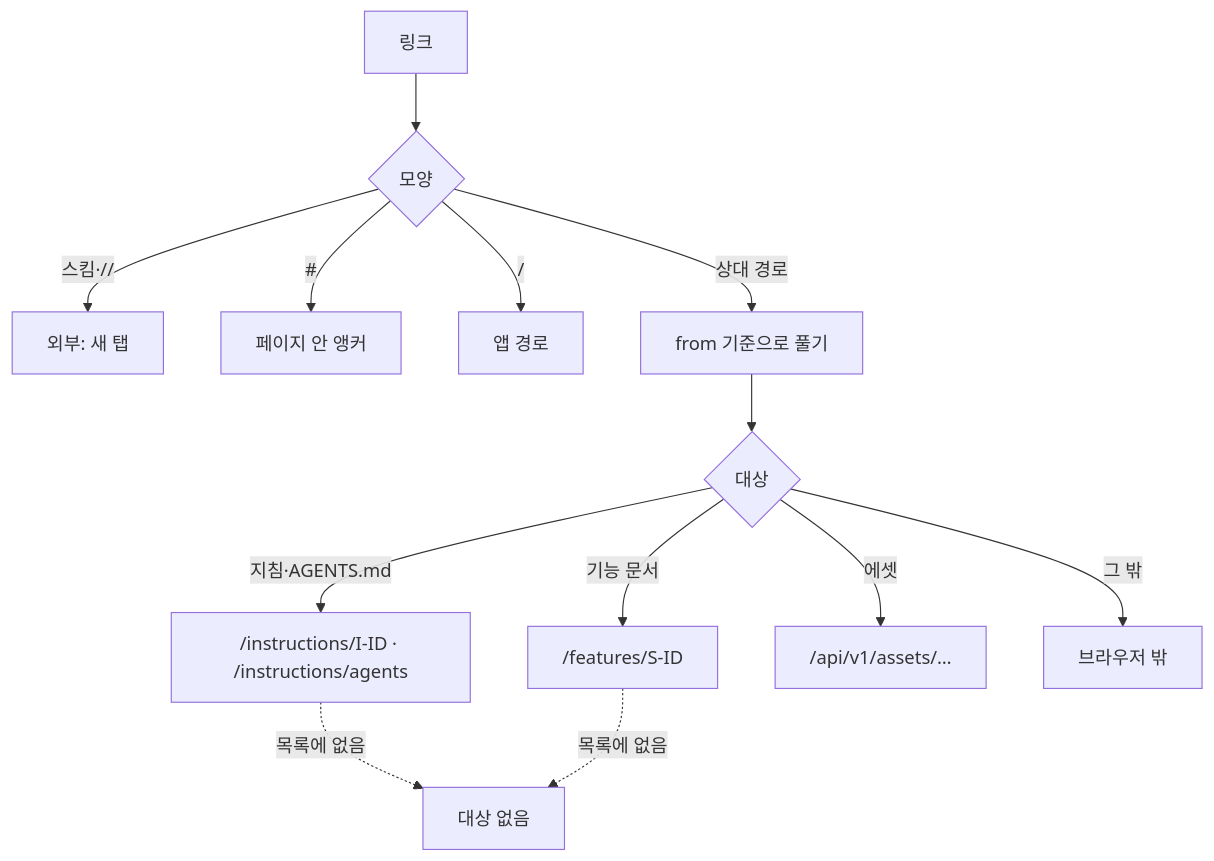
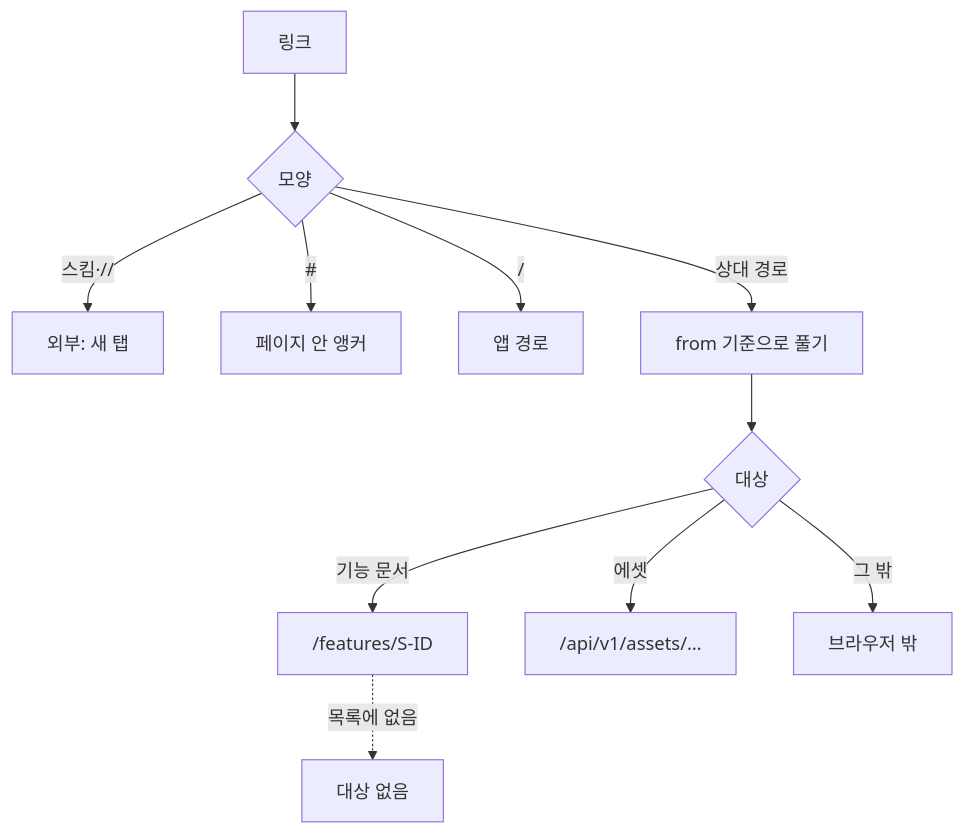
Before and after one commit to dev-goraebap/gitifact: the second of 2 diagrams in .gitifact/spec/browser/design/document.md, drawn with Mermaid. The commit also changed other lines of this file and 65 other files, not shown here.

````diff
--- a/.gitifact/spec/browser/design/document.md
+++ b/.gitifact/spec/browser/design/document.md
@@ -87,14 +86,13 @@
 ```mermaid
 flowchart TD
   L["링크"] --> K{"모양"}
   K -->|"스킴·//"| EXT["외부: 새 탭"]
   K -->|"#"| ANC["페이지 안 앵커"]
   K -->|"/"| APP["앱 경로"]
   K -->|"상대 경로"| R["from 기준으로 풀기"]
   R --> T{"대상"}
-  T -->|"지침·AGENTS.md"| INS["/instructions/I-ID · /instructions/agents"]
   T -->|"기능 문서"| FEAT["/features/S-ID"]
   T -->|"에셋"| ASSET["/api/v1/assets/…"]
   T -->|"그 밖"| OUT["브라우저 밖"]
-  INS & FEAT -.->|"목록에 없음"| MISS["대상 없음"]
+  FEAT -.->|"목록에 없음"| MISS["대상 없음"]
 ```
````
